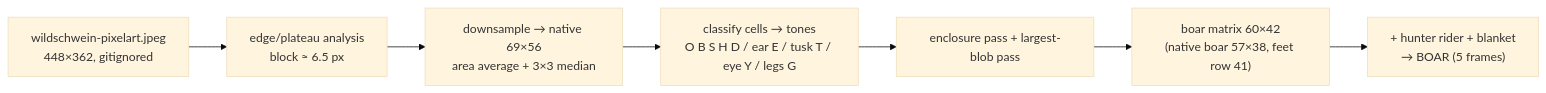
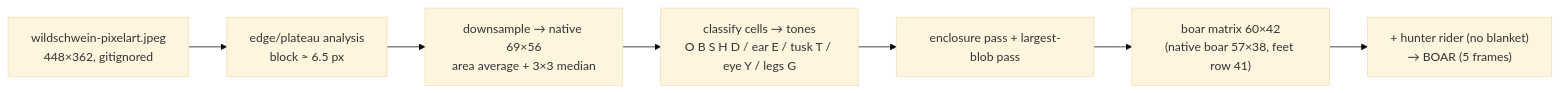
Before and after one commit to controllan/camel-game: the first of 2 diagrams in docs/art/boar-sprite.md, drawn with Mermaid (base theme). The commit also changed other lines of this file and 6 other files, not shown here.

````diff
--- a/docs/art/boar-sprite.md
+++ b/docs/art/boar-sprite.md
@@ -48,9 +53,9 @@
 ```mermaid
 flowchart LR
   J["wildschwein-pixelart.jpeg<br/>448×362, gitignored"] --> B["edge/plateau analysis<br/>block ≈ 6.5 px"]
   B --> N["downsample → native 69×56<br/>area average + 3×3 median"]
   N --> C["classify cells → tones<br/>O B S H D / ear E / tusk T / eye Y / legs G"]
   C --> E["enclosure pass + largest-blob pass"]
   E --> M["boar matrix 60×42<br/>(native boar 57×38, feet row 41)"]
-  M --> D["+ hunter rider + blanket<br/>→ BOAR (5 frames)"]
+  M --> D["+ hunter rider (no blanket)<br/>→ BOAR (5 frames)"]
 ```
````
